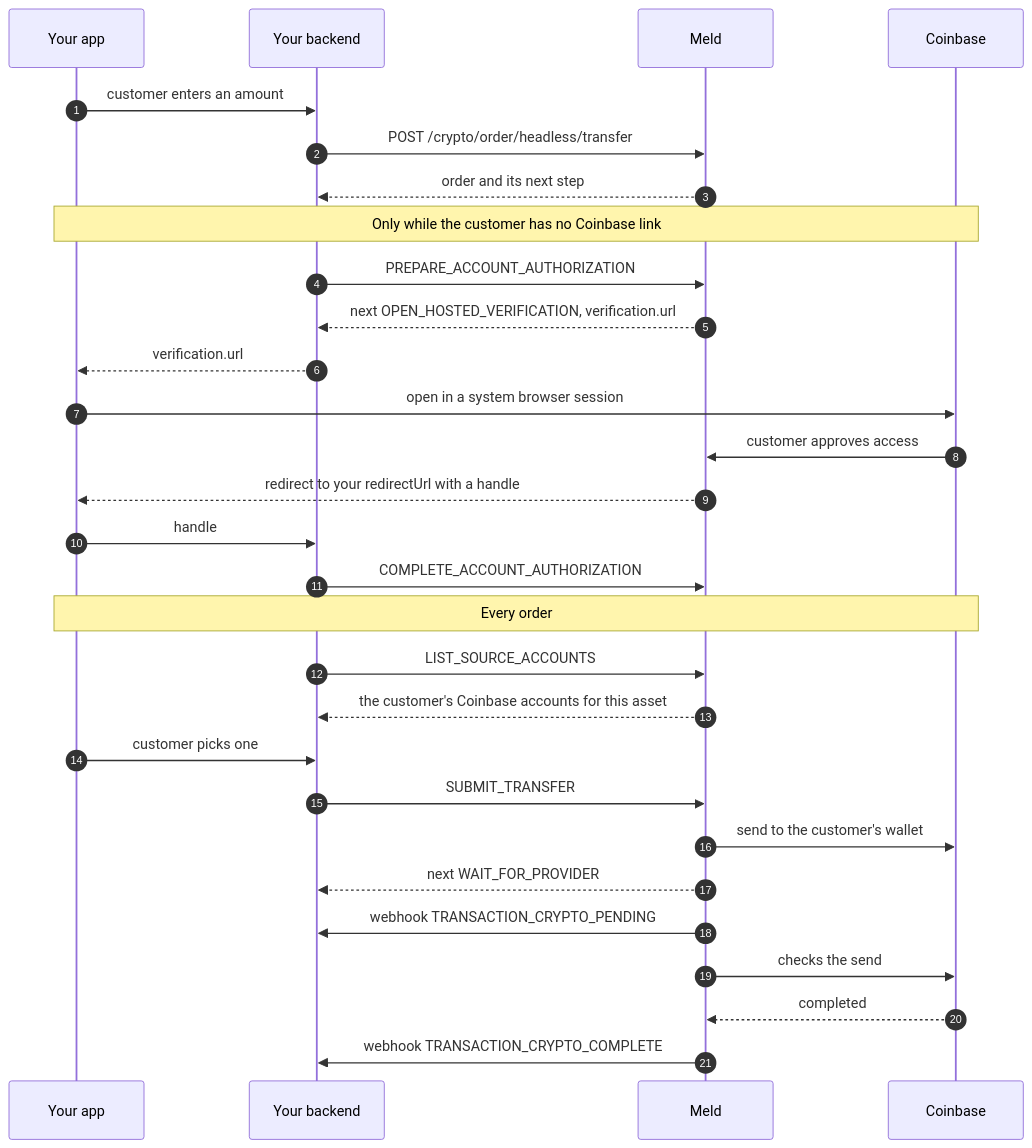
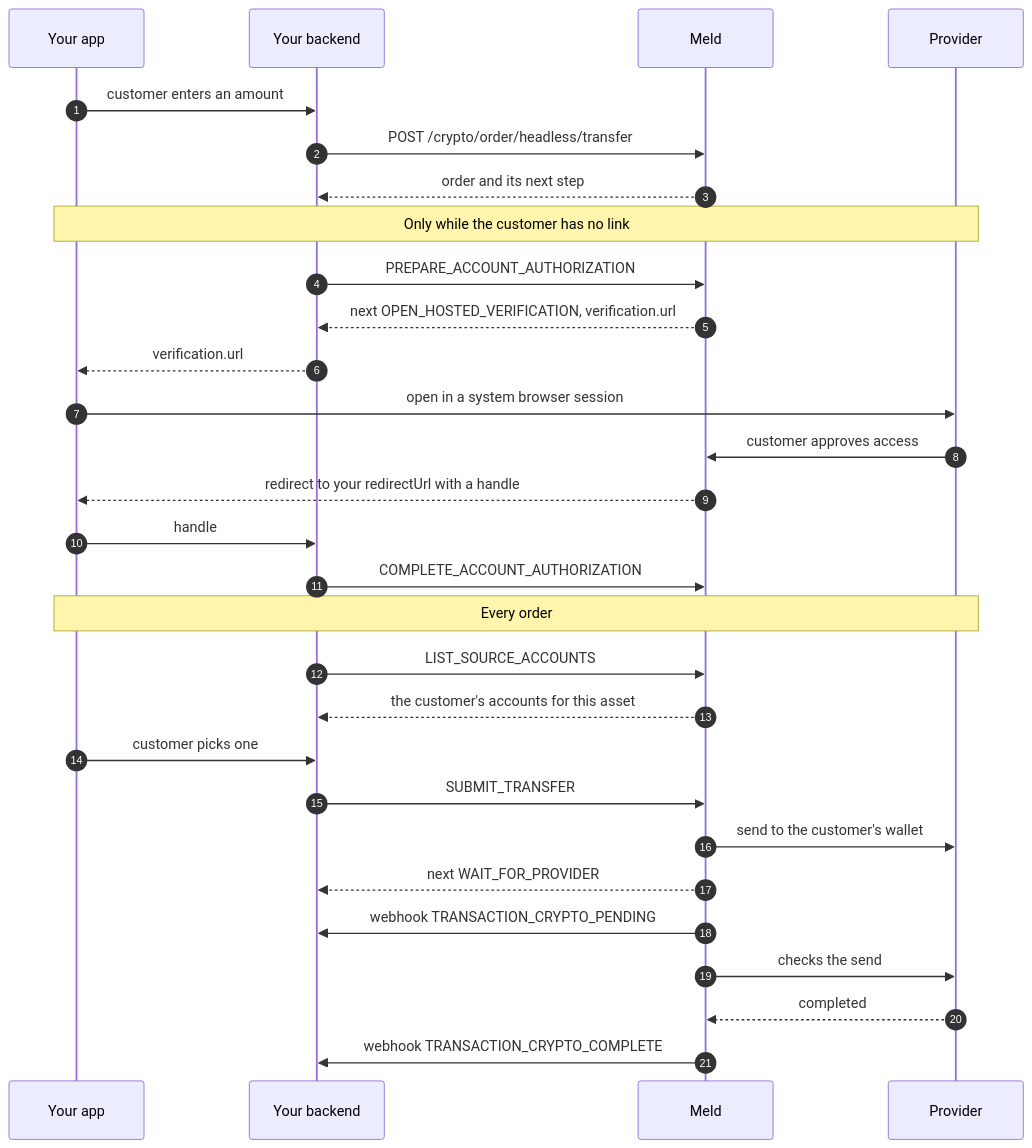
One commit to meldeng/docs changed the diagram in docs/stablecoins/headless-integration/transfers.mdx. Above: the diagram before and after it, drawn with Mermaid. The commit also changed other lines of this file and 9 other files, not shown here.

First line of the commit message:
Describe headless Apple Pay as one flow, with provider notes

````diff
--- a/docs/stablecoins/headless-integration/transfers.mdx
+++ b/docs/stablecoins/headless-integration/transfers.mdx
@@ -34,34 +34,34 @@
 ```mermaid
 sequenceDiagram
     autonumber
     participant App as Your app
     participant Api as Your backend
     participant Meld
-    participant CB as Coinbase
+    participant CB as Provider
 
     App->>Api: customer enters an amount
     Api->>Meld: POST /crypto/order/headless/transfer
     Meld-->>Api: order and its next step
 
-    Note over App,CB: Only while the customer has no Coinbase link
+    Note over App,CB: Only while the customer has no link
     Api->>Meld: PREPARE_ACCOUNT_AUTHORIZATION
     Meld-->>Api: next OPEN_HOSTED_VERIFICATION, verification.url
     Api-->>App: verification.url
     App->>CB: open in a system browser session
     CB->>Meld: customer approves access
     Meld-->>App: redirect to your redirectUrl with a handle
     App->>Api: handle
     Api->>Meld: COMPLETE_ACCOUNT_AUTHORIZATION
 
     Note over App,CB: Every order
     Api->>Meld: LIST_SOURCE_ACCOUNTS
-    Meld-->>Api: the customer's Coinbase accounts for this asset
+    Meld-->>Api: the customer's accounts for this asset
     App->>Api: customer picks one
     Api->>Meld: SUBMIT_TRANSFER
     Meld->>CB: send to the customer's wallet
     Meld-->>Api: next WAIT_FOR_PROVIDER
     Meld->>Api: webhook TRANSACTION_CRYPTO_PENDING
     Meld->>CB: checks the send
     CB-->>Meld: completed
     Meld->>Api: webhook TRANSACTION_CRYPTO_COMPLETE
 ```
````
